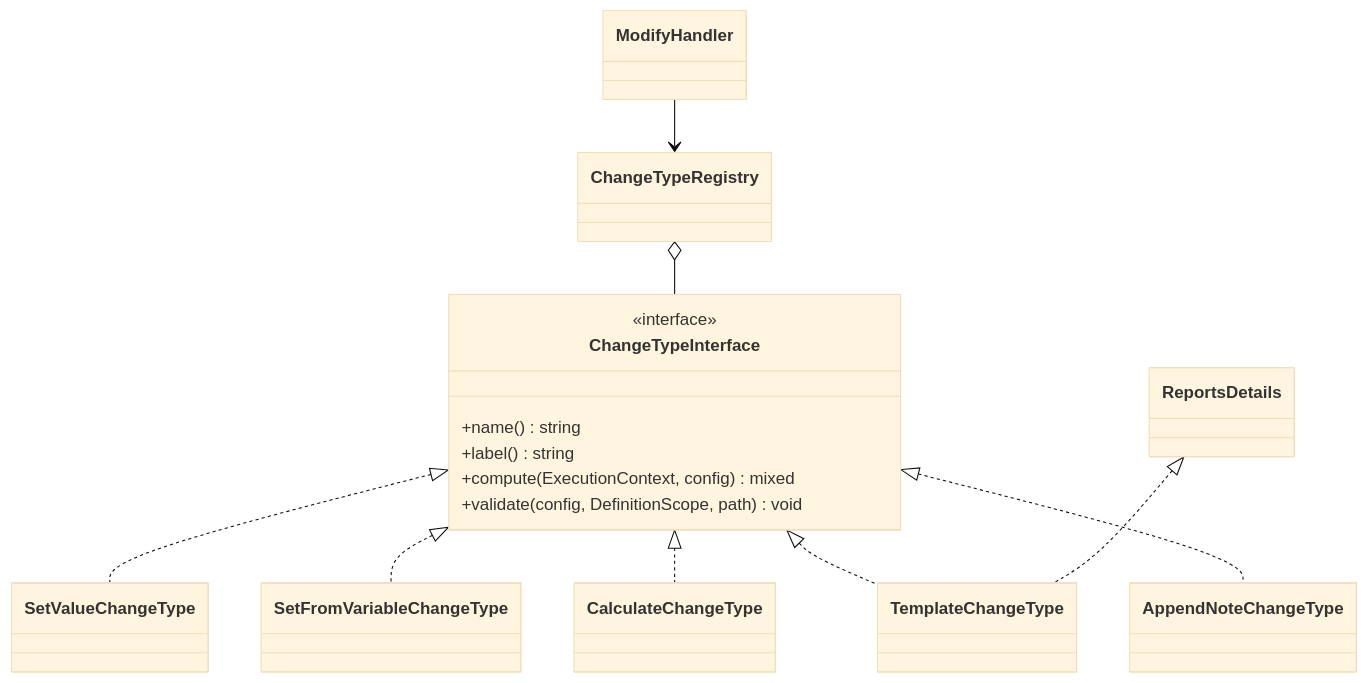
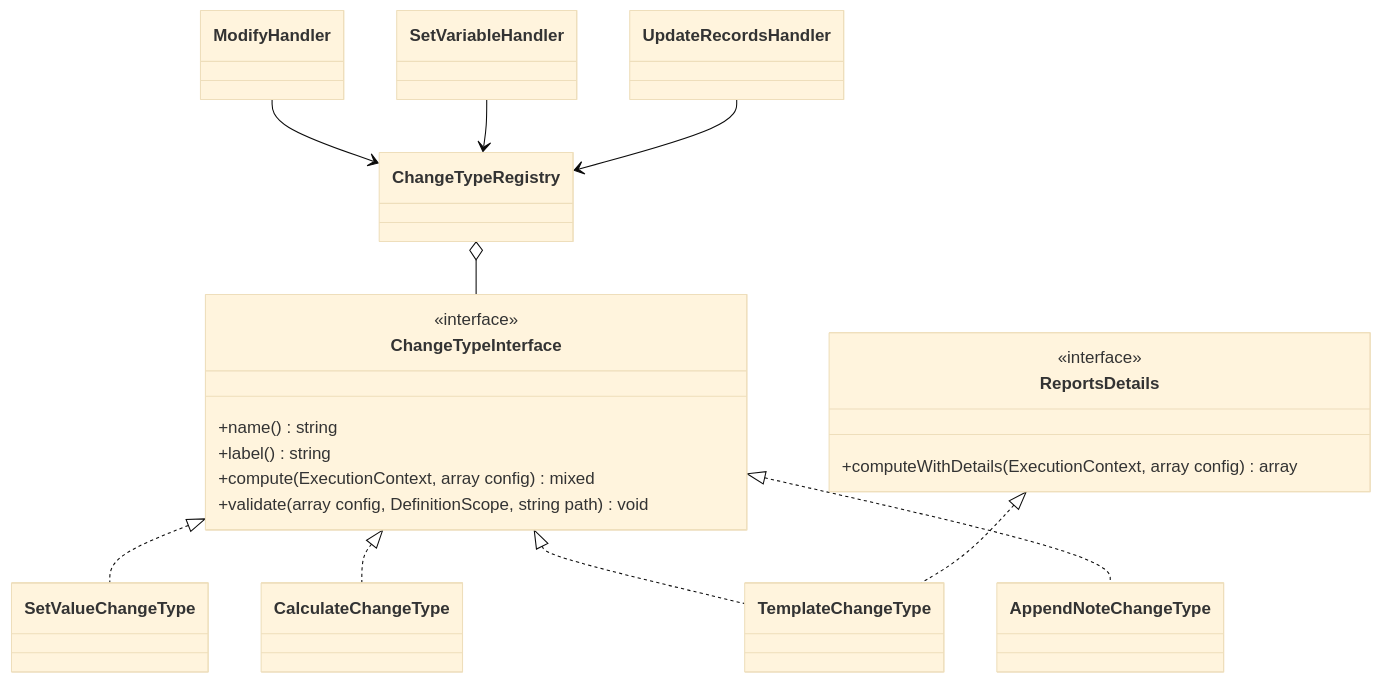
Before and after one commit to madarch-labs/Workflow-Processing-Service: the diagram in doc/en/07-developer-guide/extending/new-change-type.md, drawn with Mermaid (base theme). The commit also changed other lines of this file and 200 other files, not shown here.

````diff
--- a/doc/en/07-developer-guide/extending/new-change-type.md
+++ b/doc/en/07-developer-guide/extending/new-change-type.md
@@ -22,18 +27,23 @@
 ```mermaid
 classDiagram
     class ChangeTypeInterface {
         <<interface>>
         +name() string
         +label() string
-        +compute(ExecutionContext, config) mixed
-        +validate(config, DefinitionScope, path) void
+        +compute(ExecutionContext, array config) mixed
+        +validate(array config, DefinitionScope, string path) void
+    }
+    class ReportsDetails {
+        <<interface>>
+        +computeWithDetails(ExecutionContext, array config) array
     }
     ChangeTypeInterface <|.. SetValueChangeType
-    ChangeTypeInterface <|.. SetFromVariableChangeType
     ChangeTypeInterface <|.. CalculateChangeType
     ChangeTypeInterface <|.. TemplateChangeType
     ReportsDetails <|.. TemplateChangeType
     ChangeTypeInterface <|.. AppendNoteChangeType
     ChangeTypeRegistry o-- ChangeTypeInterface
     ModifyHandler --> ChangeTypeRegistry
+    SetVariableHandler --> ChangeTypeRegistry
+    UpdateRecordsHandler --> ChangeTypeRegistry
 ```
````
